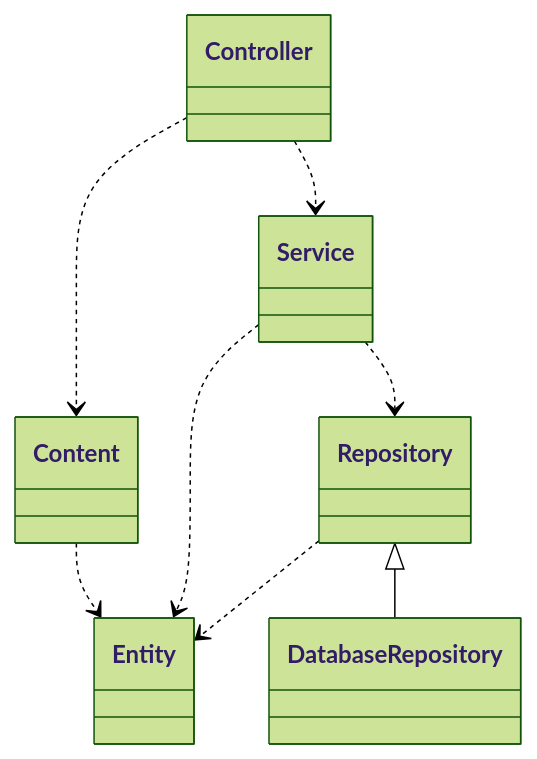
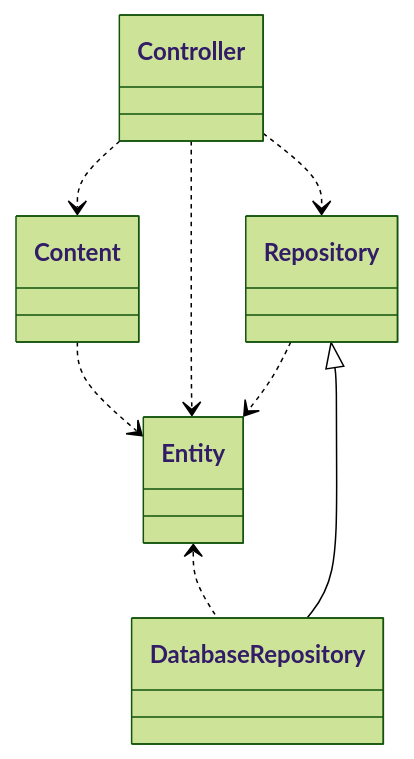
The first of 2 diagrams in docs/architecture.md (lemo-nade-room/todo-app), drawn with Mermaid (forest theme) before and after one commit. The commit also changed other lines of this file and 1 other file, not shown here.

````diff
--- a/docs/architecture.md
+++ b/docs/architecture.md
@@ -3,11 +3,11 @@
 ```mermaid
 classDiagram
 
 Controller ..> Content
 Content ..> Entity
-Controller ..> Service
-Service ..> Entity
-Service ..> Repository
+Controller ..> Entity
+Controller ..> Repository
 Repository..>Entity
 Repository <|-- DatabaseRepository
+Entity <.. DatabaseRepository
 ```
````
